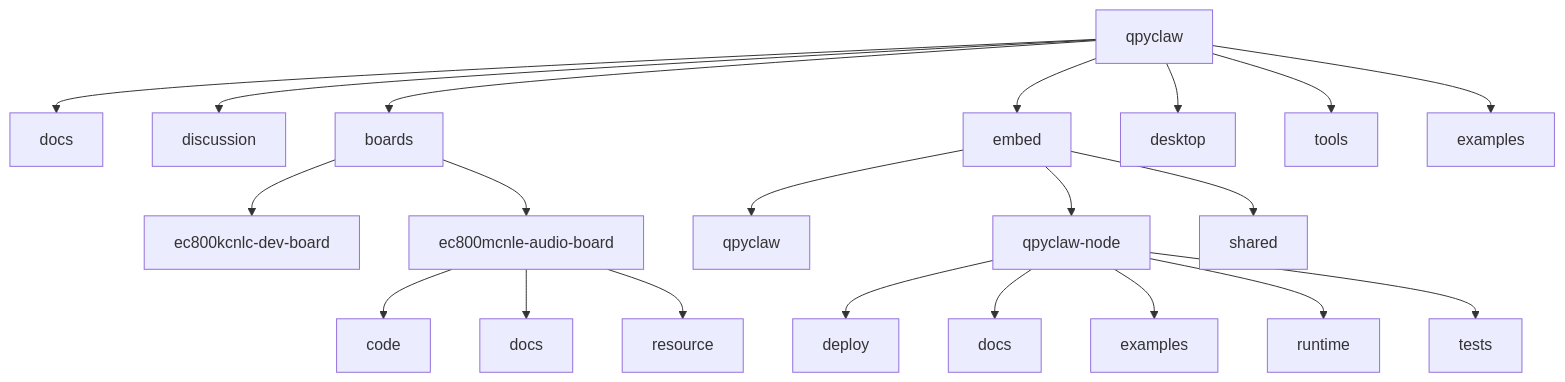
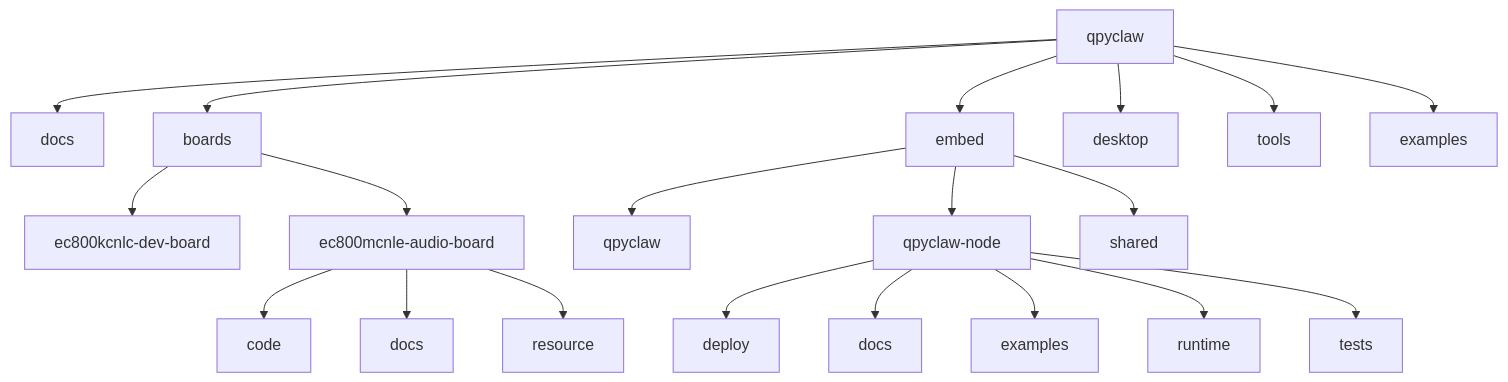
Before and after one commit to LiteChipCloud/qpyclaw: the diagram in docs/architecture/00-repo-layout-and-migration.md, drawn with Mermaid. The commit also changed other lines of this file and 84 other files, not shown here.

````diff
--- a/docs/architecture/00-repo-layout-and-migration.md
+++ b/docs/architecture/00-repo-layout-and-migration.md
@@ -26,26 +26,25 @@
 ```mermaid
 flowchart TD
   R["qpyclaw"] --> DOC["docs"]
-  R --> DISC["discussion"]
   R --> B["boards"]
   R --> E["embed"]
   R --> DT["desktop"]
   R --> T["tools"]
   R --> X["examples"]
 
   B --> BK["ec800kcnlc-dev-board"]
   B --> BM["ec800mcnle-audio-board"]
   BM --> BMCODE["code"]
   BM --> BMDOC["docs"]
   BM --> BMRES["resource"]
 
   E --> EQ["qpyclaw"]
   E --> EN["qpyclaw-node"]
   E --> ES["shared"]
 
   EN --> ENDEP["deploy"]
   EN --> ENDOC["docs"]
   EN --> ENEX["examples"]
   EN --> ENRT["runtime"]
   EN --> ENTEST["tests"]
 ```
````
